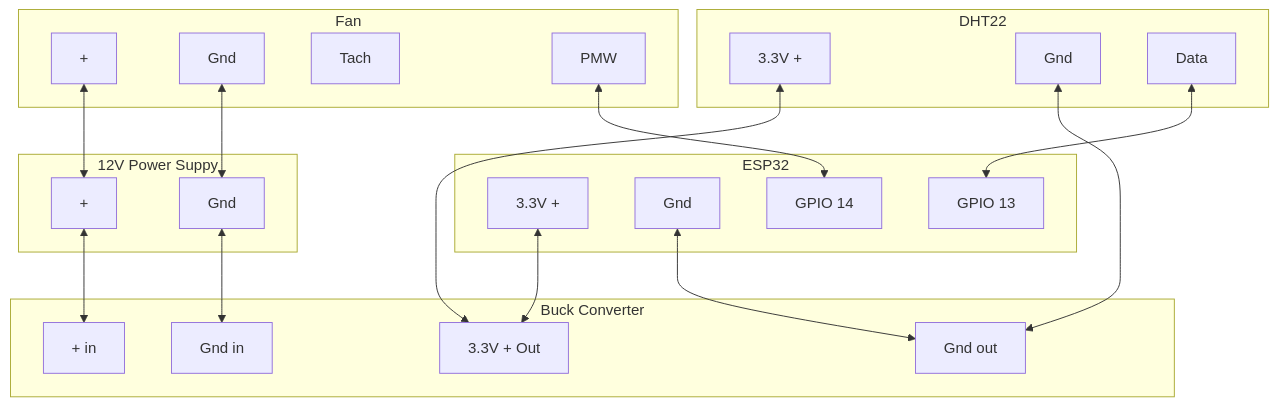
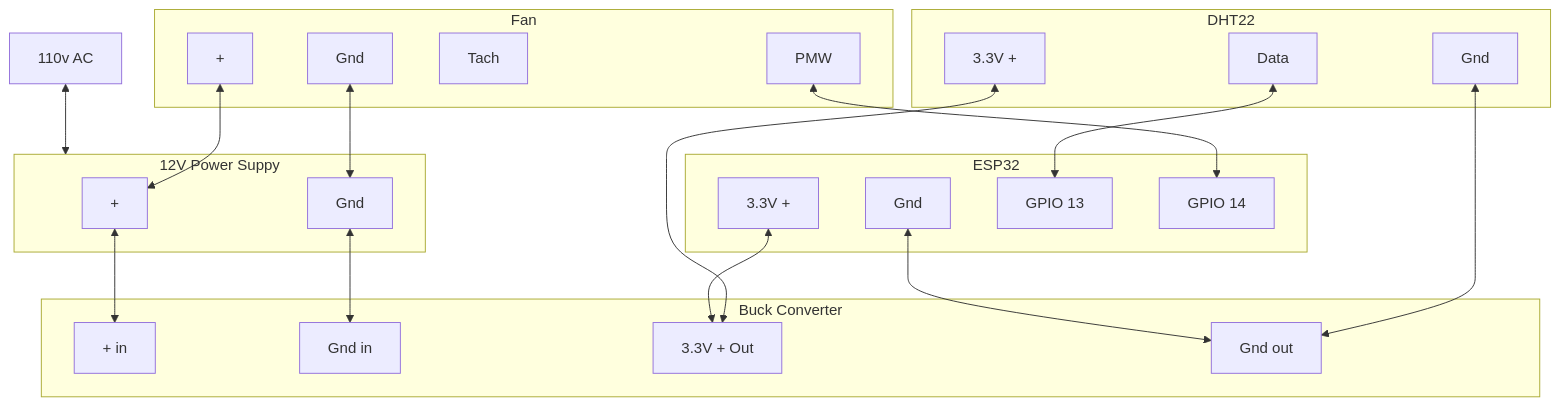
One commit to dpetzel/labrax-fan-controller changed the diagram in README.md. Above: the diagram before and after it, drawn with Mermaid.

Commit message:
add main power

````diff
--- a/README.md
+++ b/README.md
@@ -74,51 +74,52 @@
 ```mermaid
 flowchart TD
     subgraph ESP32
         esp_33[3.3V +]
         esp_gnd[Gnd]
         esp13[GPIO 13]
         esp14[GPIO 14]
     end
 
-    subgraph 12V Power Suppy
+    subgraph ps[12V Power Suppy]
         12v+[+]
         12v-[Gnd]
     end
+    110v[110v AC] <--> ps
 
     subgraph DHT22
         dht+[3.3V +]
         dht-[Gnd]
         dhtData[Data]
     end
 
     subgraph buck[Buck Converter]
         buckIn+[+ in]
         buckIn-[Gnd in]
         buckOut+[3.3V + Out]
         buckOut-[Gnd out]
     end
 
     subgraph Fan
         fan+[+]
         fan-[Gnd]
         fanTach[Tach]
         fanPmw[PMW]
     end
 
     dhtData <--> esp13
 
     fanPmw <--> esp14
 
     12v+ <--> buckIn+
     12v- <--> buckIn-
 
     fan+ <--> 12v+
     fan- <--> 12v-
 
     dht+ <--> buckOut+
     dht- <--> buckOut-
     
 
     esp_33 <--> buckOut+
     esp_gnd <--> buckOut-
 ```
````
